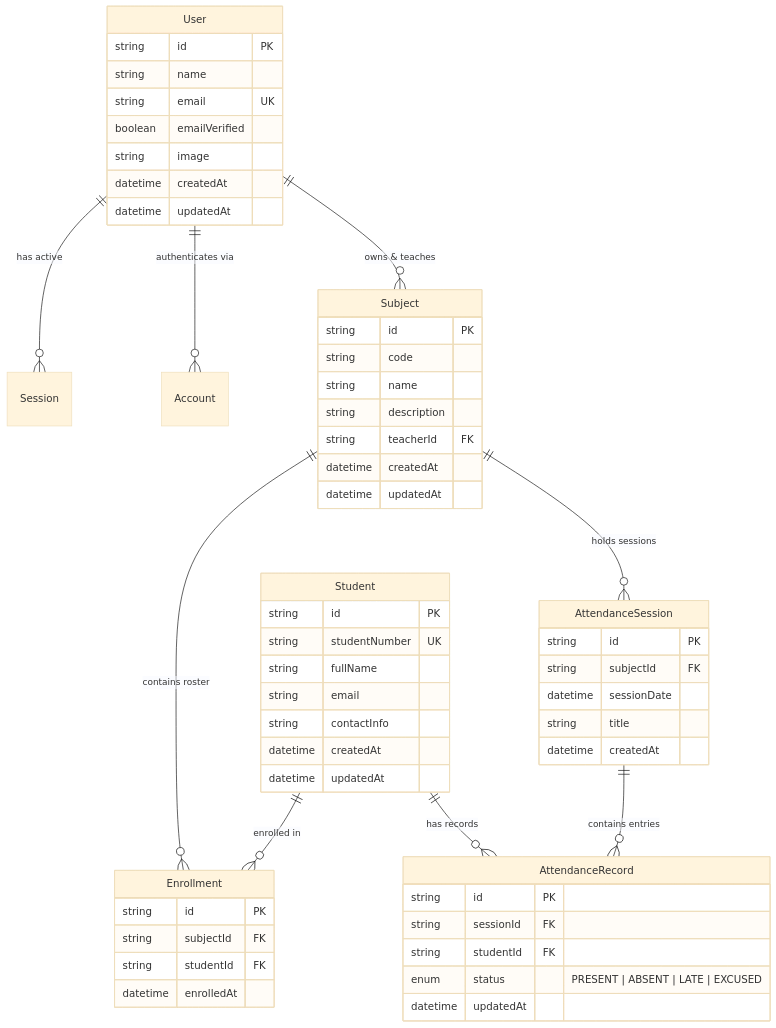
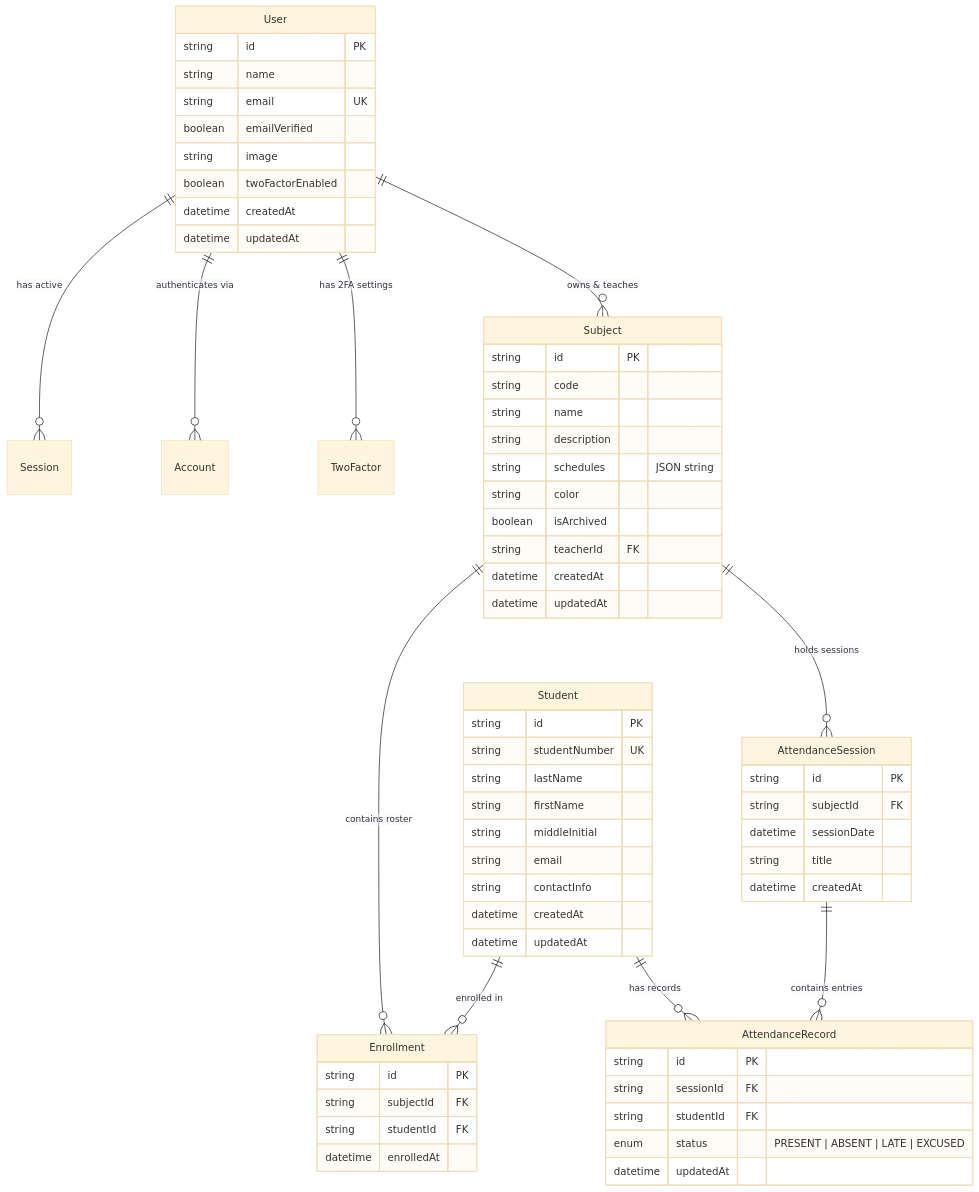
The second of 2 diagrams in README.md (dnsxmrs/cams), drawn with Mermaid (base theme) before and after one commit. The commit also changed other lines of this file, not shown here.

````diff
--- a/README.md
+++ b/README.md
@@ -122,66 +122,73 @@
 ```mermaid
 erDiagram
     User ||--o{ Session : "has active"
     User ||--o{ Account : "authenticates via"
+    User ||--o{ TwoFactor : "has 2FA settings"
     User ||--o{ Subject : "owns & teaches"
     
     Student ||--o{ Enrollment : "enrolled in"
     Subject ||--o{ Enrollment : "contains roster"
     
     Subject ||--o{ AttendanceSession : "holds sessions"
     AttendanceSession ||--o{ AttendanceRecord : "contains entries"
     Student ||--o{ AttendanceRecord : "has records"
 
     User {
         string id PK
         string name
         string email UK
         boolean emailVerified
         string image
+        boolean twoFactorEnabled
         datetime createdAt
         datetime updatedAt
     }
 
     Student {
         string id PK
         string studentNumber UK
-        string fullName
+        string lastName
+        string firstName
+        string middleInitial
         string email
         string contactInfo
         datetime createdAt
         datetime updatedAt
     }
 
     Subject {
         string id PK
         string code
         string name
         string description
+        string schedules "JSON string"
+        string color
+        boolean isArchived
         string teacherId FK
         datetime createdAt
         datetime updatedAt
     }
 
     Enrollment {
         string id PK
         string subjectId FK
         string studentId FK
         datetime enrolledAt
     }
 
     AttendanceSession {
         string id PK
         string subjectId FK
         datetime sessionDate
         string title
         datetime createdAt
     }
 
     AttendanceRecord {
         string id PK
         string sessionId FK
         string studentId FK
         enum status "PRESENT | ABSENT | LATE | EXCUSED"
         datetime updatedAt
     }
 ```
````
